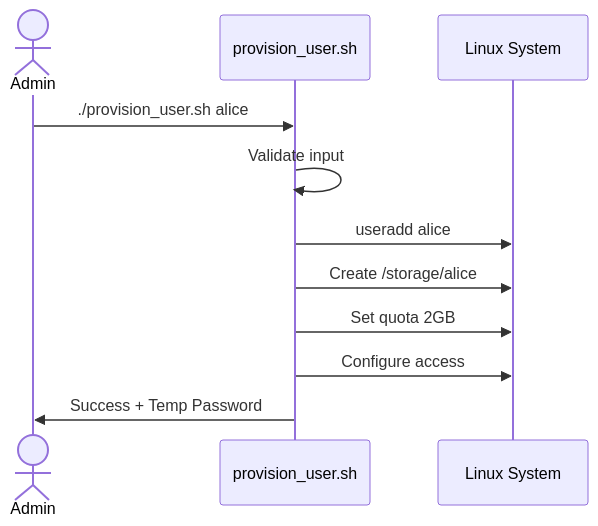
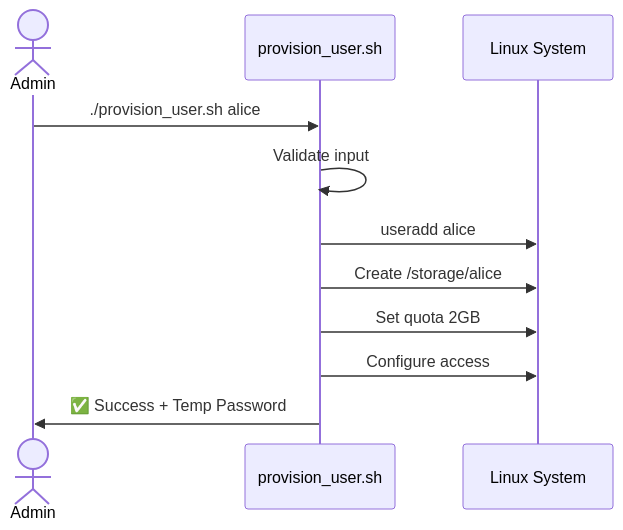
Before and after one commit to aaronwittchen/Automated-Storage-Provisioning-Tool: the first of 5 diagrams in README.md, drawn with Mermaid. The commit also changed other lines of this file and 1 other file, not shown here.

````diff
--- a/README.md
+++ b/README.md
@@ -149,14 +149,14 @@
 ```mermaid
 sequenceDiagram
     actor Admin
     participant Script as provision_user.sh
     participant System as Linux System
     
     Admin->>Script: ./provision_user.sh alice
     Script->>Script: Validate input
     Script->>System: useradd alice
     Script->>System: Create /storage/alice
     Script->>System: Set quota 2GB
     Script->>System: Configure access
-    Script->>Admin: Success + Temp Password
+    Script->>Admin: ✅ Success + Temp Password
 ```
````
